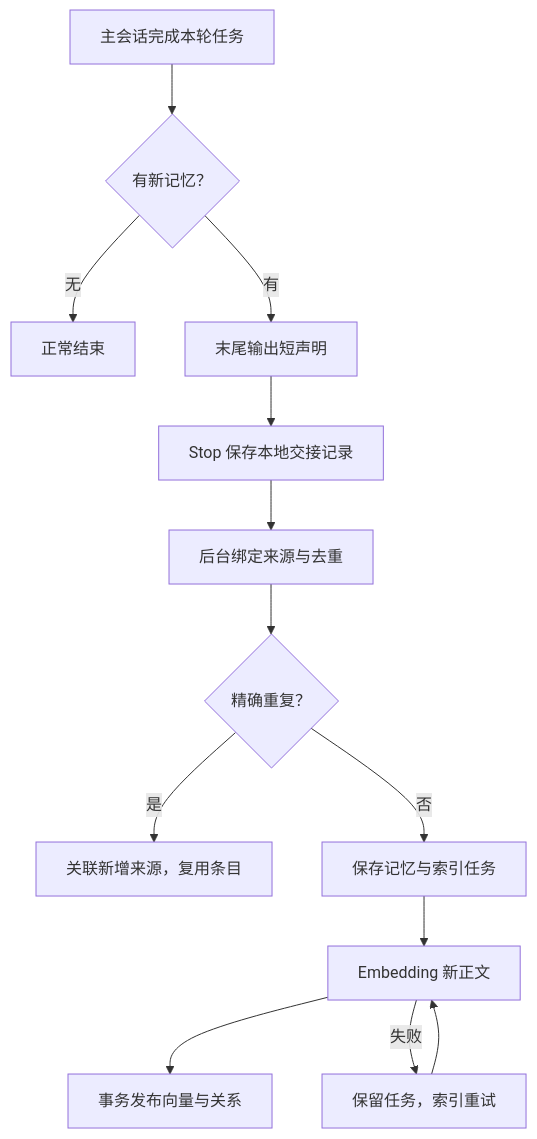
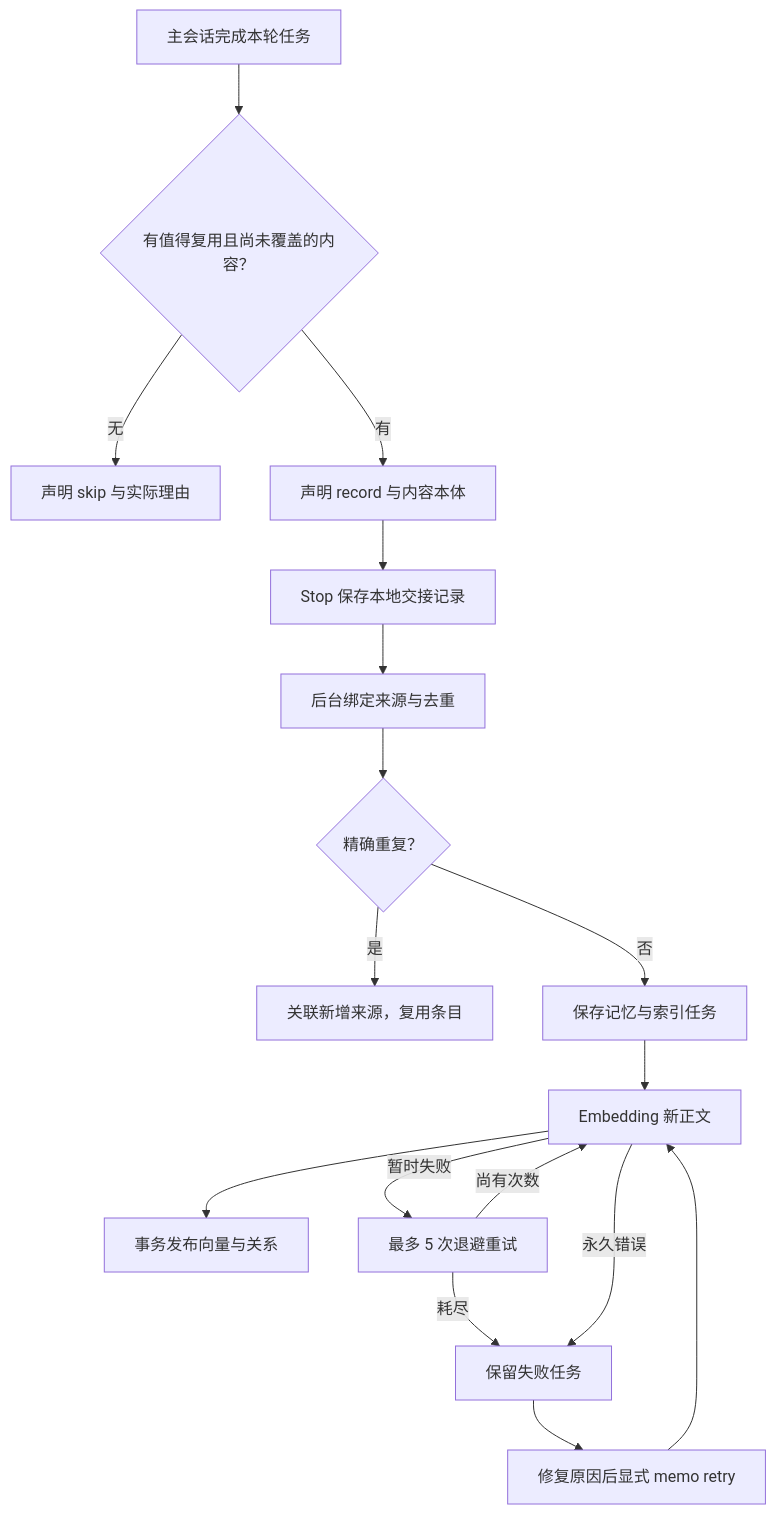
Before and after one commit to JacobZyy/jt-harness: the diagram in docs/memory-declarations.md, drawn with Mermaid. The commit also changed other lines of this file and 9 other files, not shown here.

First line of the commit message:
fix(memo): retry embedding failures and clarify write policy

````diff
--- a/docs/memory-declarations.md
+++ b/docs/memory-declarations.md
@@ -7,15 +7,19 @@
 ```mermaid
 flowchart TD
-    A["主会话完成本轮任务"] --> B{"有新记忆？"}
-    B -- 无 --> C["正常结束"]
-    B -- 有 --> D["末尾输出短声明"]
+    A["主会话完成本轮任务"] --> B{"有值得复用且尚未覆盖的内容？"}
+    B -- 无 --> C["声明 skip 与实际理由"]
+    B -- 有 --> D["声明 record 与内容本体"]
     D --> E["Stop 保存本地交接记录"]
     E --> F["后台绑定来源与去重"]
     F --> G{"精确重复？"}
     G -- 是 --> H["关联新增来源，复用条目"]
     G -- 否 --> I["保存记忆与索引任务"]
     I --> J["Embedding 新正文"]
     J --> K["事务发布向量与关系"]
-    J -- 失败 --> L["保留任务，索引重试"]
-    L --> J
+    J -- 暂时失败 --> L["最多 5 次退避重试"]
+    L -- 尚有次数 --> J
+    L -- 耗尽 --> M["保留失败任务"]
+    J -- 永久错误 --> M
+    M --> N["修复原因后显式 memo retry"]
+    N --> J
 ```
````
